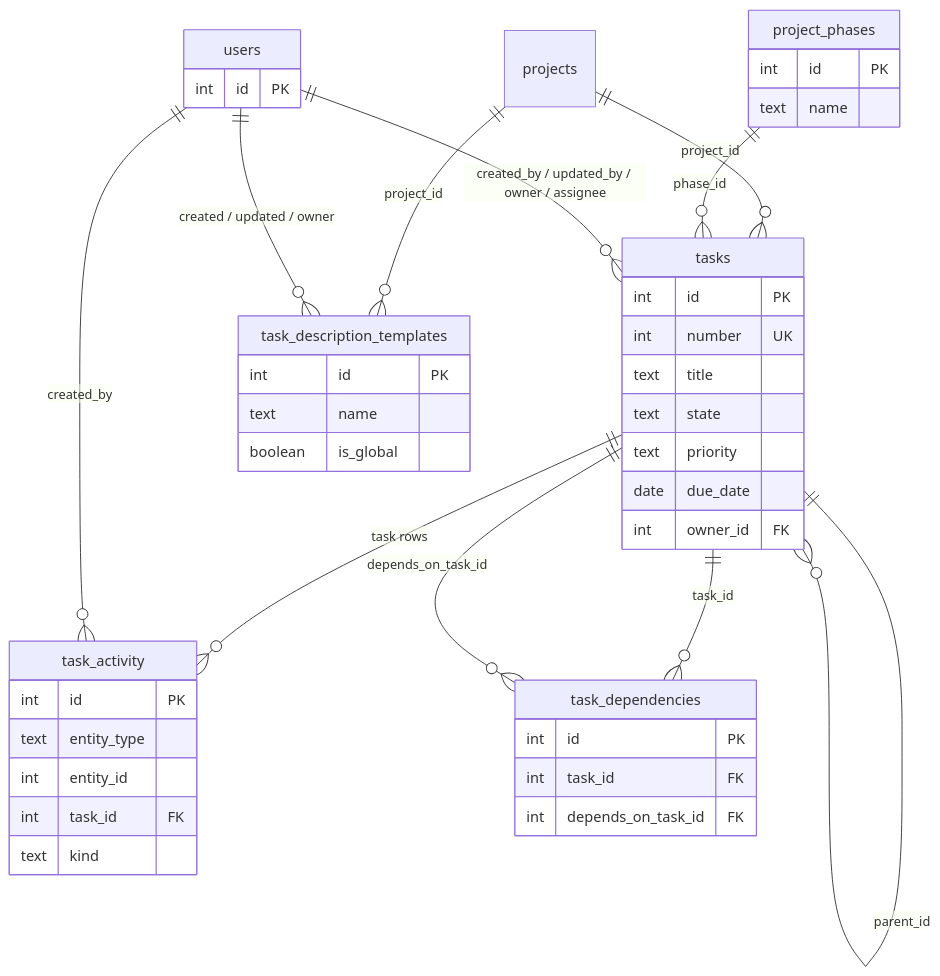
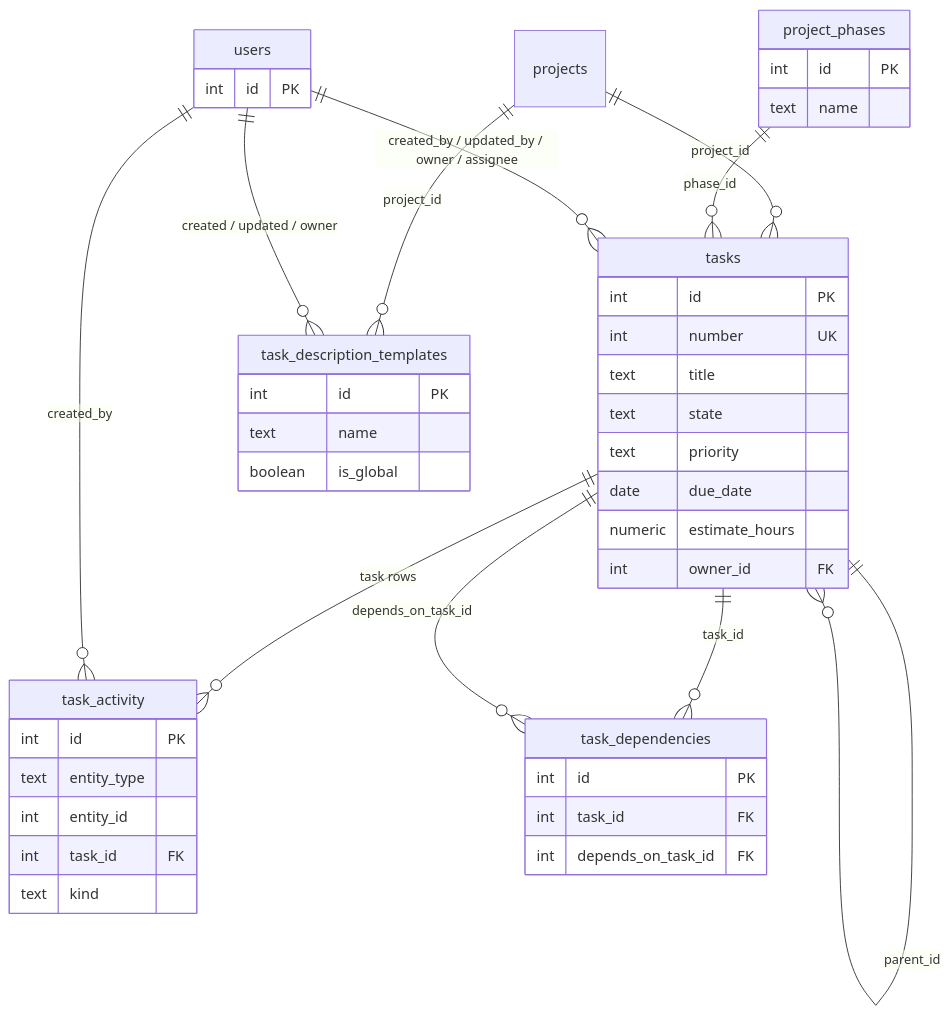
The diagram in docs/database/tasks.md (blackrook-io/taskmesh), drawn with Mermaid before and after one commit. The commit also changed other lines of this file and 43 other files, not shown here.

Commit message:
Release 0.79.0 so Tasks and To Dos can store a quarter-hour Hours estimate.

````diff
--- a/docs/database/tasks.md
+++ b/docs/database/tasks.md
@@ -11,47 +11,48 @@
 ```mermaid
 erDiagram
   projects ||--o{ tasks : "project_id"
   project_phases ||--o{ tasks : "phase_id"
   tasks ||--o{ tasks : "parent_id"
   users ||--o{ tasks : "created_by / updated_by / owner / assignee"
   tasks ||--o{ task_activity : "task rows"
   tasks ||--o{ task_dependencies : "task_id"
   tasks ||--o{ task_dependencies : "depends_on_task_id"
   projects ||--o{ task_description_templates : "project_id"
   users ||--o{ task_description_templates : "created / updated / owner"
   users ||--o{ task_activity : "created_by"
 
   project_phases {
     int id PK
     text name
   }
   tasks {
     int id PK
     int number UK
     text title
     text state
     text priority
     date due_date
+    numeric estimate_hours
     int owner_id FK
   }
   task_activity {
     int id PK
     text entity_type
     int entity_id
     int task_id FK
     text kind
   }
   task_dependencies {
     int id PK
     int task_id FK
     int depends_on_task_id FK
   }
   task_description_templates {
     int id PK
     text name
     boolean is_global
   }
   users {
     int id PK
   }
 ```
````
